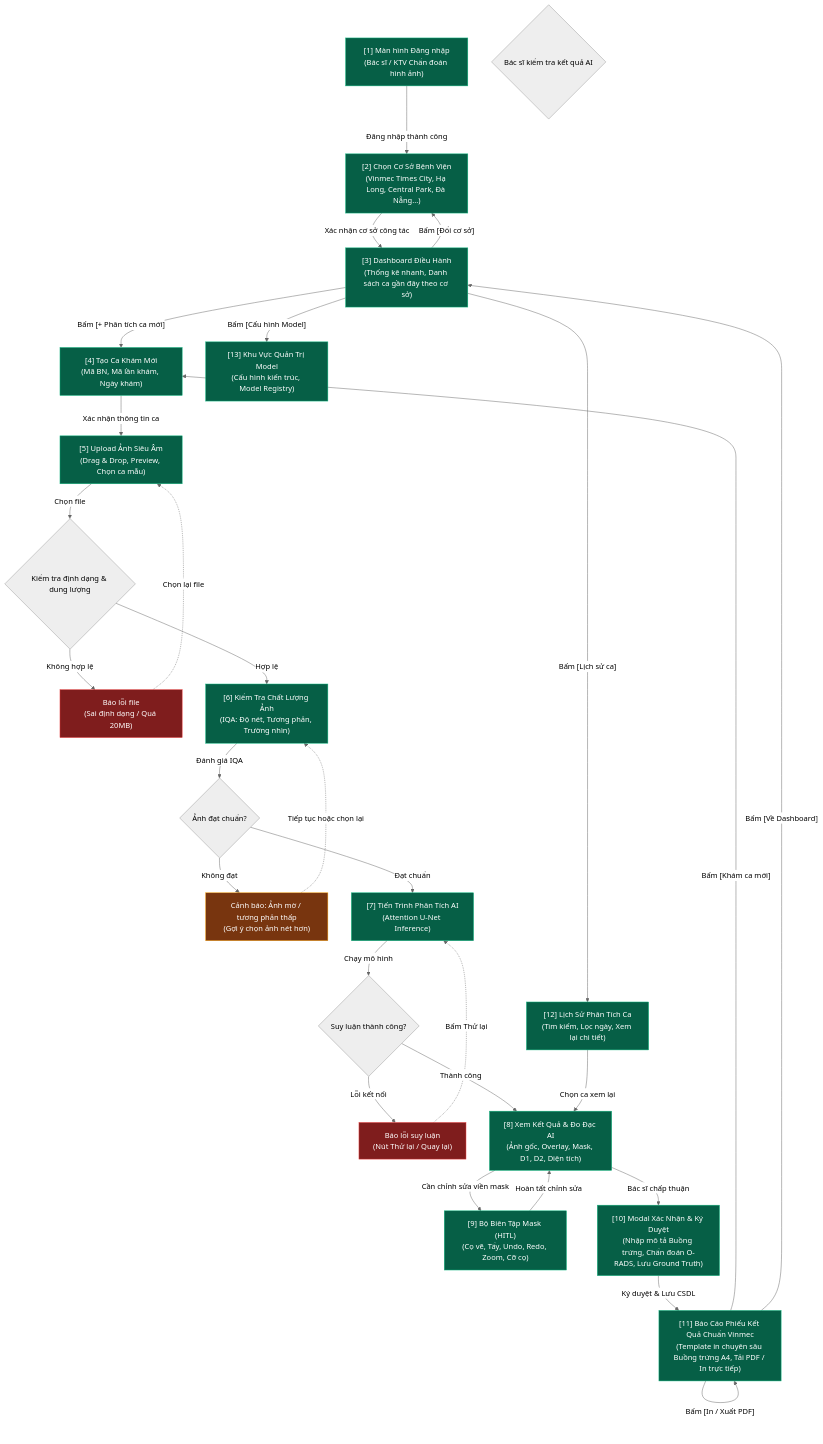
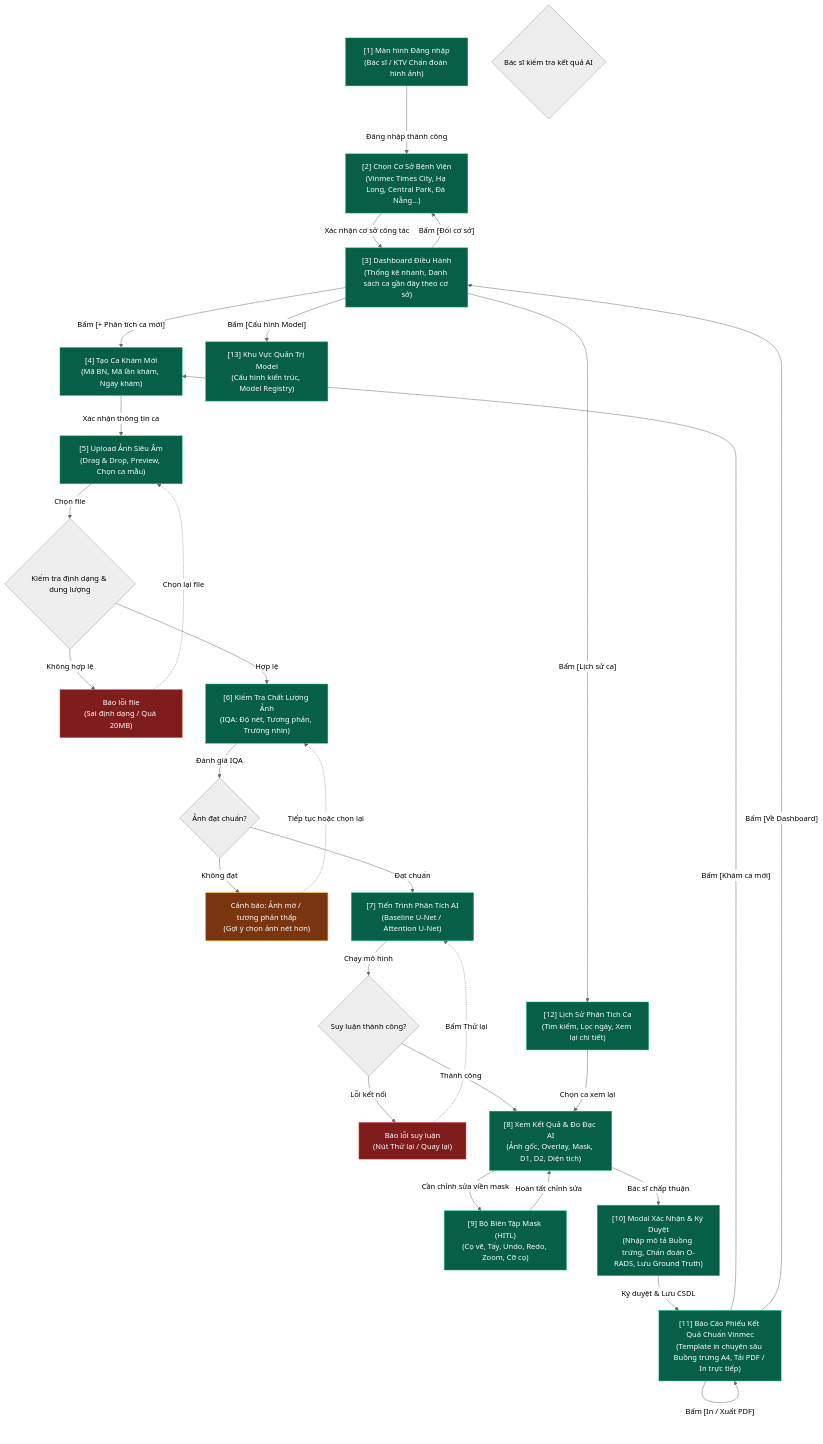
The diagram in docs/ovarian-ultrasound-ai/srs/ovarian-ultrasound-ai-userflow.md (dungxoan31-creator/UNet-Vinmec-KhoaLuan), drawn with Mermaid (neutral theme) before and after one commit. The commit also changed other lines of this file and 70 other files, not shown here.

````diff
--- a/docs/ovarian-ultrasound-ai/srs/ovarian-ultrasound-ai-userflow.md
+++ b/docs/ovarian-ultrasound-ai/srs/ovarian-ultrasound-ai-userflow.md
@@ -17,59 +21,59 @@
 ```mermaid
 flowchart TD
     n1["[1] Màn hình Đăng nhập<br/>(Bác sĩ / KTV Chẩn đoán hình ảnh)"]
     n1_fac["[2] Chọn Cơ Sở Bệnh Viện<br/>(Vinmec Times City, Hạ Long, Central Park, Đà Nẵng...)"]
     n2["[3] Dashboard Điều Hành<br/>(Thống kê nhanh, Danh sách ca gần đây theo cơ sở)"]
     n3["[4] Tạo Ca Khám Mới<br/>(Mã BN, Mã lần khám, Ngày khám)"]
     n4["[5] Upload Ảnh Siêu Âm<br/>(Drag & Drop, Preview, Chọn ca mẫu)"]
     n5{"Kiểm tra định dạng & dung lượng"}
     n6["Báo lỗi file<br/>(Sai định dạng / Quá 20MB)"]
     n7["[6] Kiểm Tra Chất Lượng Ảnh<br/>(IQA: Độ nét, Tương phản, Trường nhìn)"]
     n8{"Ảnh đạt chuẩn?"}
     n9["Cảnh báo: Ảnh mờ / tương phản thấp<br/>(Gợi ý chọn ảnh nét hơn)"]
-    n10["[7] Tiến Trình Phân Tích AI<br/>(Attention U-Net Inference)"]
+    n10["[7] Tiến Trình Phân Tích AI<br/>(Baseline U-Net / Attention U-Net)"]
     n11{"Suy luận thành công?"}
     n12["Báo lỗi suy luận<br/>(Nút Thử lại / Quay lại)"]
     n13["[8] Xem Kết Quả & Đo Đạc AI<br/>(Ảnh gốc, Overlay, Mask, D1, D2, Diện tích)"]
     n14{"Bác sĩ kiểm tra kết quả AI"}
     n15["[9] Bộ Biên Tập Mask (HITL)<br/>(Cọ vẽ, Tẩy, Undo, Redo, Zoom, Cỡ cọ)"]
     n16["[10] Modal Xác Nhận & Ký Duyệt<br/>(Nhập mô tả Buồng trứng, Chẩn đoán O-RADS, Lưu Ground Truth)"]
     n17["[11] Báo Cáo Phiếu Kết Quả Chuẩn Vinmec<br/>(Template in chuyên sâu Buồng trứng A4, Tải PDF / In trực tiếp)"]
     n18["[12] Lịch Sử Phân Tích Ca<br/>(Tìm kiếm, Lọc ngày, Xem lại chi tiết)"]
     n19["[13] Khu Vực Quản Trị Model<br/>(Cấu hình kiến trúc, Model Registry)"]
 
     n1 -->|Đăng nhập thành công| n1_fac
     n1_fac -->|Xác nhận cơ sở công tác| n2
     n2 -->|"Bấm [+ Phân tích ca mới]"| n3
     n2 -->|"Bấm [Đổi cơ sở]"| n1_fac
     n2 -->|"Bấm [Lịch sử ca]"| n18
     n2 -->|"Bấm [Cấu hình Model]"| n19
     n3 -->|Xác nhận thông tin ca| n4
     n4 -->|Chọn file| n5
     n5 -->|Không hợp lệ| n6
     n6 -.->|Chọn lại file| n4
     n5 -->|Hợp lệ| n7
     n7 -->|Đánh giá IQA| n8
     n8 -->|Không đạt| n9
     n9 -.->|Tiếp tục hoặc chọn lại| n7
     n8 -->|Đạt chuẩn| n10
     n10 -->|Chạy mô hình| n11
     n11 -->|Lỗi kết nối| n12
     n12 -.->|Bấm Thử lại| n10
     n11 -->|Thành công| n13
     n13 -->|Cần chỉnh sửa viền mask| n15
     n15 -->|Hoàn tất chỉnh sửa| n13
     n13 -->|Bác sĩ chấp thuận| n16
     n16 -->|Ký duyệt & Lưu CSDL| n17
     n17 -->|"Bấm [In / Xuất PDF]"| n17
     n17 -->|"Bấm [Khám ca mới]"| n3
     n17 -->|"Bấm [Về Dashboard]"| n2
     n18 -->|Chọn ca xem lại| n13
 
     classDef happy fill:#065f46,stroke:#10b981,color:#ffffff
     classDef error fill:#7f1d1d,stroke:#ef4444,color:#ffffff
     classDef edge fill:#78350f,stroke:#f59e0b,color:#ffffff
 
     class n1,n1_fac,n2,n3,n4,n7,n10,n13,n15,n16,n17,n18,n19 happy
     class n6,n12 error
     class n9 edge
 ```
````
